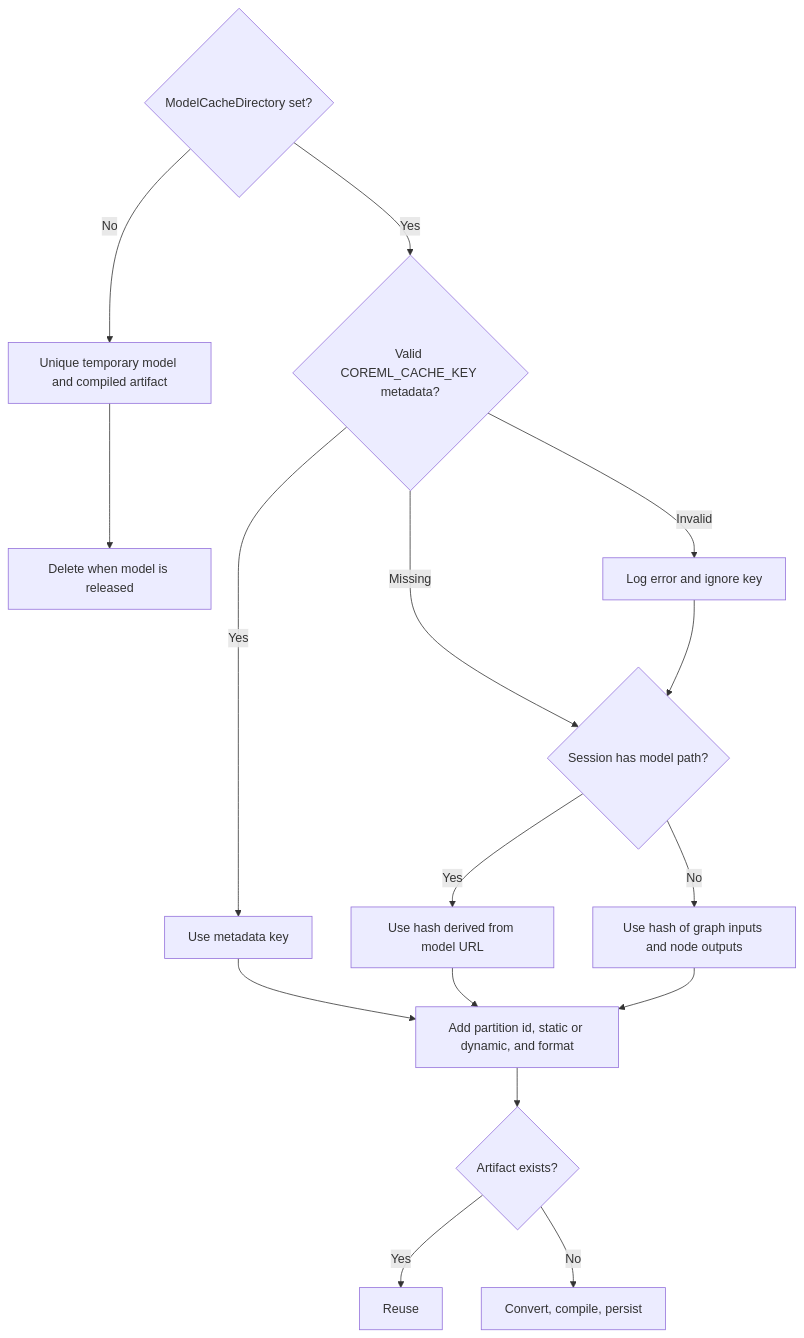
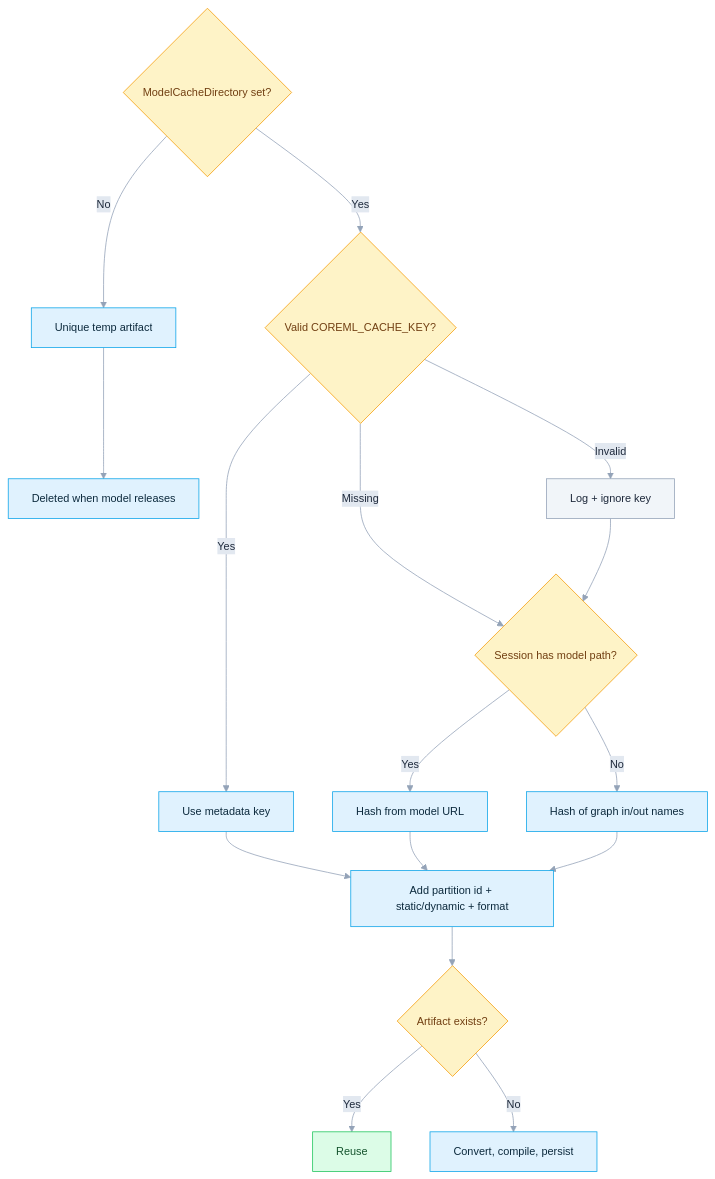
Before and after one commit to DakeQQ/Tutorial-ONNX-Runtime-Execution-Providers: the eighth of 12 diagrams in Apple/README.md, drawn with Mermaid. The commit also changed other lines of this file and 15 other files, not shown here.

````diff
--- a/Apple/README.md
+++ b/Apple/README.md
@@ -331,19 +457,28 @@
 ```mermaid
+%%{init: {"theme":"base","themeVariables":{"fontSize":"14px","lineColor":"#94a3b8","edgeLabelBackground":"#e2e8f0","primaryTextColor":"#1e293b"}}}%%
 flowchart TD
-  A{ModelCacheDirectory set?}
-  A -->|No| B[Unique temporary model and compiled artifact]
-  B --> C[Delete when model is released]
-  A -->|Yes| D{Valid COREML_CACHE_KEY metadata?}
-  D -->|Yes| E[Use metadata key]
-  D -->|Invalid| F[Log error and ignore key]
-  D -->|Missing| G{Session has model path?}
+  A{"ModelCacheDirectory set?"}
+  A -->|No| B["Unique temp artifact"]
+  B --> C["Deleted when model releases"]
+  A -->|Yes| D{"Valid COREML_CACHE_KEY?"}
+  D -->|Yes| E["Use metadata key"]
+  D -->|Invalid| F["Log + ignore key"]
+  D -->|Missing| G{"Session has model path?"}
   F --> G
-  G -->|Yes| H[Use hash derived from model URL]
-  G -->|No| I[Use hash of graph inputs and node outputs]
-  E --> J[Add partition id, static or dynamic, and format]
-  H --> J
-  I --> J
-  J --> K{Artifact exists?}
-  K -->|Yes| L[Reuse]
-  K -->|No| M[Convert, compile, persist]
+  G -->|Yes| H["Hash from model URL"]
+  G -->|No| I["Hash of graph in/out names"]
+  E --> Z["Add partition id + static/dynamic + format"]
+  H --> Z
+  I --> Z
+  Z --> K{"Artifact exists?"}
+  K -->|Yes| L["Reuse"]
+  K -->|No| M["Convert, compile, persist"]
+  classDef step fill:#e0f2fe,stroke:#0ea5e9,color:#0c2a3d;
+  classDef dec fill:#fef3c7,stroke:#f59e0b,color:#713f12;
+  classDef good fill:#dcfce7,stroke:#22c55e,color:#14532d;
+  classDef note fill:#f1f5f9,stroke:#94a3b8,color:#1e293b;
+  class B,C,E,H,I,Z,M step;
+  class A,D,G,K dec;
+  class L good;
+  class F note;
 ```
````
